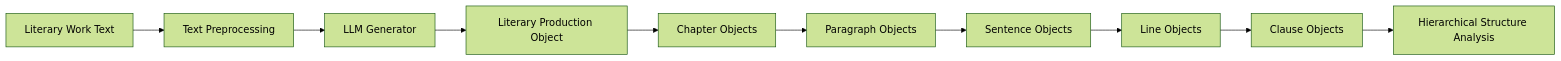
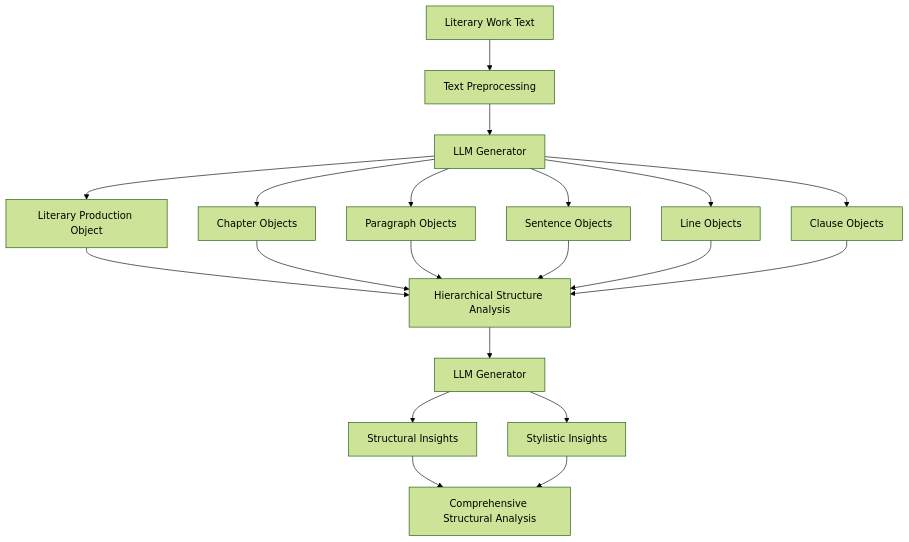
Before and after one commit to furlat/Abstractions: the ninth of 15 diagrams in abstractions/angels/angels.md, drawn with Mermaid (forest theme). The commit also changed other lines of this file, not shown here.

````diff
--- a/abstractions/angels/angels.md
+++ b/abstractions/angels/angels.md
@@ -268,12 +274,22 @@
 ```mermaid
-graph LR
+graph TD
     A[Literary Work Text] --> B[Text Preprocessing]
     B --> C[LLM Generator]
     C --> D[Literary Production Object]
-    D --> E[Chapter Objects]
-    E --> F[Paragraph Objects]
-    F --> G[Sentence Objects]
-    G --> H[Line Objects]
-    H --> I[Clause Objects]
-    I --> J[Hierarchical Structure Analysis]
+    C --> E[Chapter Objects]
+    C --> F[Paragraph Objects]
+    C --> G[Sentence Objects]
+    C --> H[Line Objects]
+    C --> I[Clause Objects]
+    D --> J[Hierarchical Structure Analysis]
+    E --> J
+    F --> J
+    G --> J
+    H --> J
+    I --> J
+    J --> K[LLM Generator]
+    K --> L[Structural Insights]
+    K --> M[Stylistic Insights]
+    L --> N[Comprehensive Structural Analysis]
+    M --> N
 ```
````
